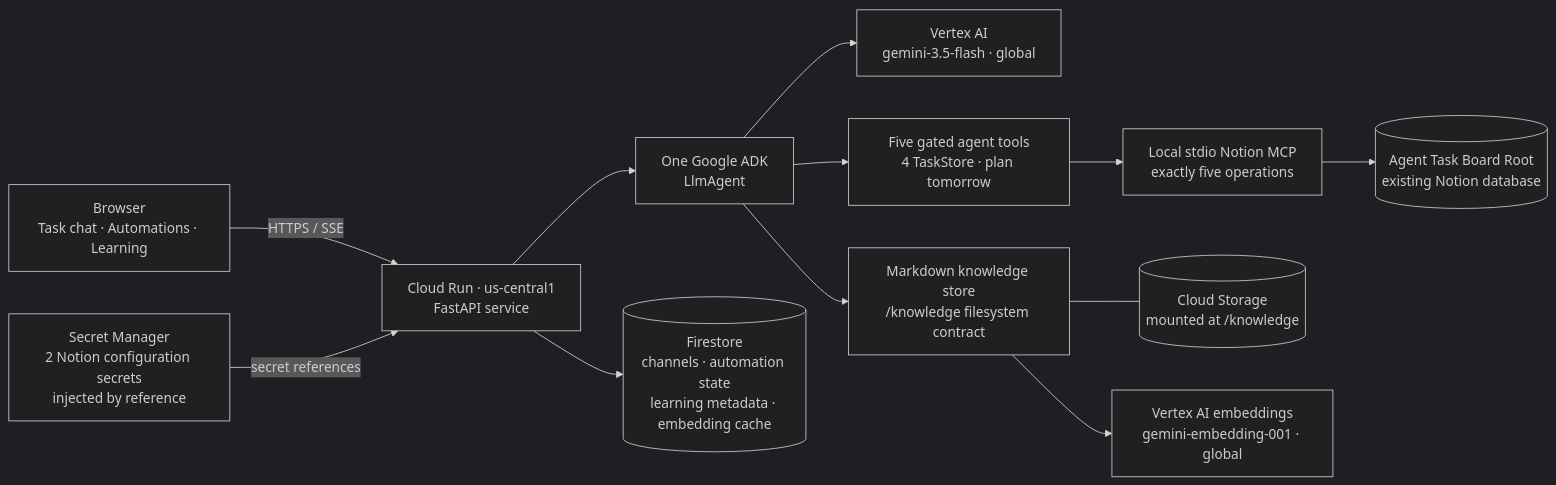
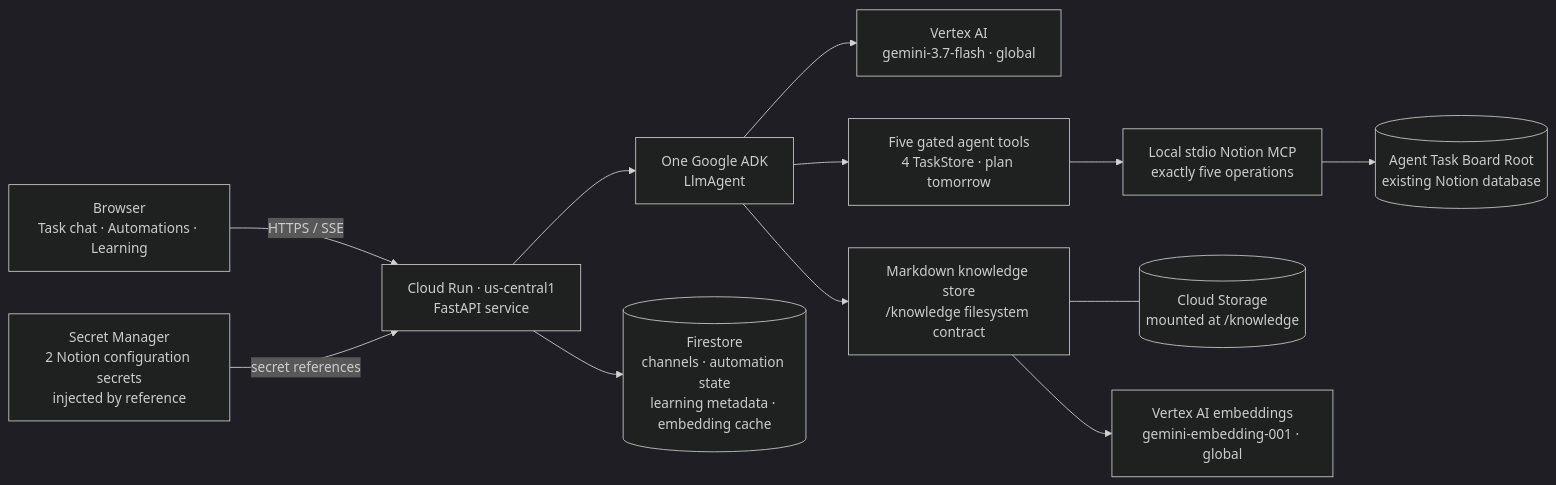
The diagram in docs/architecture.md (Avischai-G/avi-notes-assistant), drawn with Mermaid (dark theme) before and after one commit. The commit also changed other lines of this file and 23 other files, not shown here.

````diff
--- a/docs/architecture.md
+++ b/docs/architecture.md
@@ -9,27 +9,27 @@
 ```mermaid
 flowchart LR
     B[Browser\nTask chat · Automations · Learning]
     API[Cloud Run · us-central1\nFastAPI service]
     A[One Google ADK\nLlmAgent]
-    V[Vertex AI\ngemini-3.5-flash · global]
+    V[Vertex AI\ngemini-3.7-flash · global]
     T[Five gated agent tools\n4 TaskStore · plan tomorrow]
     M[Local stdio Notion MCP\nexactly five operations]
     N[(Agent Task Board Root\nexisting Notion database)]
     F[(Firestore\nchannels · automation state\nlearning metadata · embedding cache)]
     K[Markdown knowledge store\n/knowledge filesystem contract]
     G[(Cloud Storage\nmounted at /knowledge)]
     E[Vertex AI embeddings\ngemini-embedding-001 · global]
     S[Secret Manager\n2 Notion configuration secrets\ninjected by reference]
 
     B -->|HTTPS / SSE| API
     S -->|secret references| API
     API --> A
     A --> V
     A --> T
     T --> M
     M --> N
     API --> F
     A --> K
     K --- G
     K --> E
 ```
````
